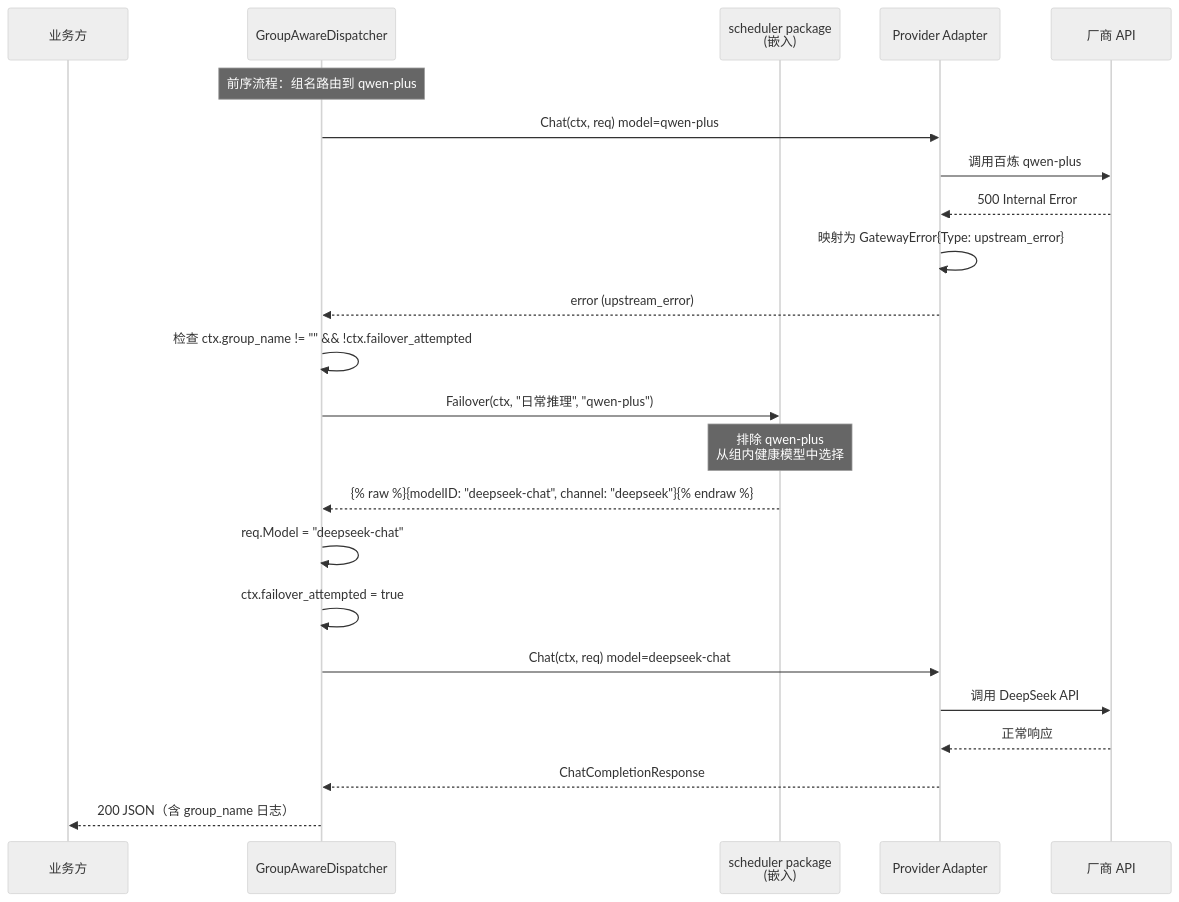
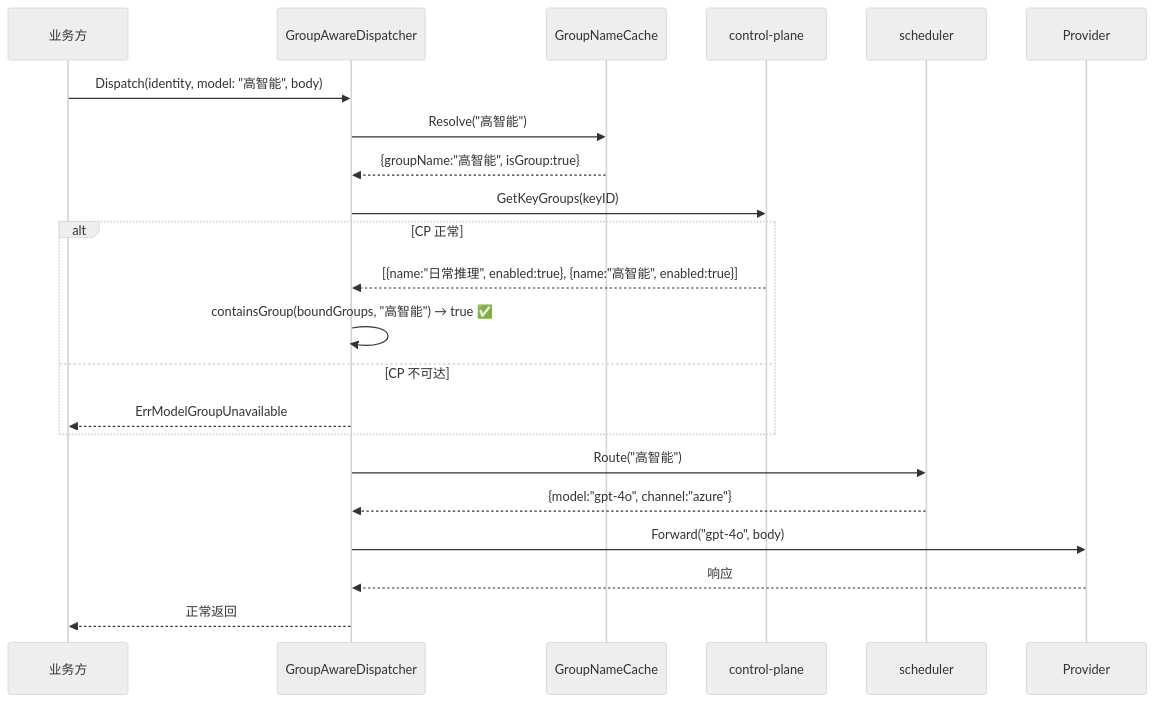
The second of 2 diagrams in xspec/changes/gateway-api/design.delta.md (achieve-jsy/llm-gateway), drawn with Mermaid (neutral theme) before and after one commit. The commit also changed other lines of this file and 134 other files, not shown here.

First line of the commit message:
feat(api-key): 添加API密钥与模型组绑定功能

````diff
--- a/xspec/changes/gateway-api/design.delta.md
+++ b/xspec/changes/gateway-api/design.delta.md
@@ -187,33 +176,29 @@
 ```mermaid
 sequenceDiagram
     participant BIZ as 业务方
     participant GD as GroupAwareDispatcher
-    participant SCH as scheduler package<br/>(嵌入)
-    participant P as Provider Adapter
-    participant API as 厂商 API
+    participant GC as GroupNameCache
+    participant CP as control-plane
+    participant SCH as scheduler
+    participant PROV as Provider
 
-    Note over GD: 前序流程：组名路由到 qwen-plus
+    BIZ->>GD: Dispatch(identity, model: "高智能", body)
 
-    GD->>P: Chat(ctx, req) model=qwen-plus
-    P->>API: 调用百炼 qwen-plus
-    API-->>P: 500 Internal Error
+    GD->>GC: Resolve("高智能")
+    GC-->>GD: {groupName:"高智能", isGroup:true}
 
-    P->>P: 映射为 GatewayError{Type: upstream_error}
-    P-->>GD: error (upstream_error)
+    GD->>CP: GetKeyGroups(keyID)
+    alt CP 正常
+        CP-->>GD: [{name:"日常推理", enabled:true}, {name:"高智能", enabled:true}]
+        GD->>GD: containsGroup(boundGroups, "高智能") → true ✅
+    else CP 不可达
+        GD-->>BIZ: ErrModelGroupUnavailable
+    end
 
-    GD->>GD: 检查 ctx.group_name != "" && !ctx.failover_attempted
+    GD->>SCH: Route("高智能")
+    SCH-->>GD: {model:"gpt-4o", channel:"azure"}
 
-    GD->>SCH: Failover(ctx, "日常推理", "qwen-plus")
-    Note over SCH: 排除 qwen-plus<br/>从组内健康模型中选择
-    SCH-->>GD: {% raw %}{modelID: "deepseek-chat", channel: "deepseek"}{% endraw %}
-
-    GD->>GD: req.Model = "deepseek-chat"
-    GD->>GD: ctx.failover_attempted = true
-
-    GD->>P: Chat(ctx, req) model=deepseek-chat
-    P->>API: 调用 DeepSeek API
-    API-->>P: 正常响应
-
-    P-->>GD: ChatCompletionResponse
-    GD-->>BIZ: 200 JSON（含 group_name 日志）
+    GD->>PROV: Forward("gpt-4o", body)
+    PROV-->>GD: 响应
+    GD-->>BIZ: 正常返回
 ```
````
